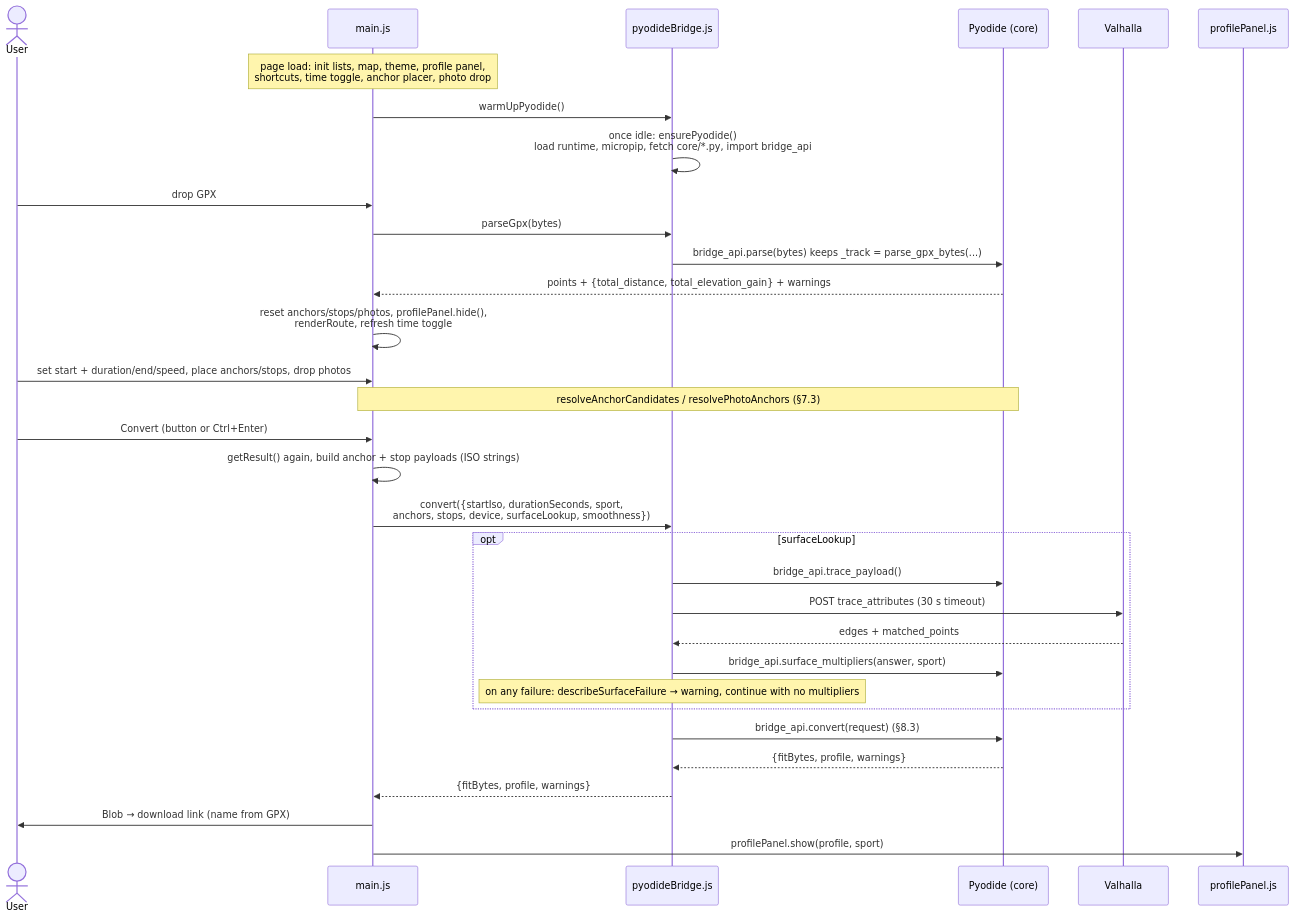
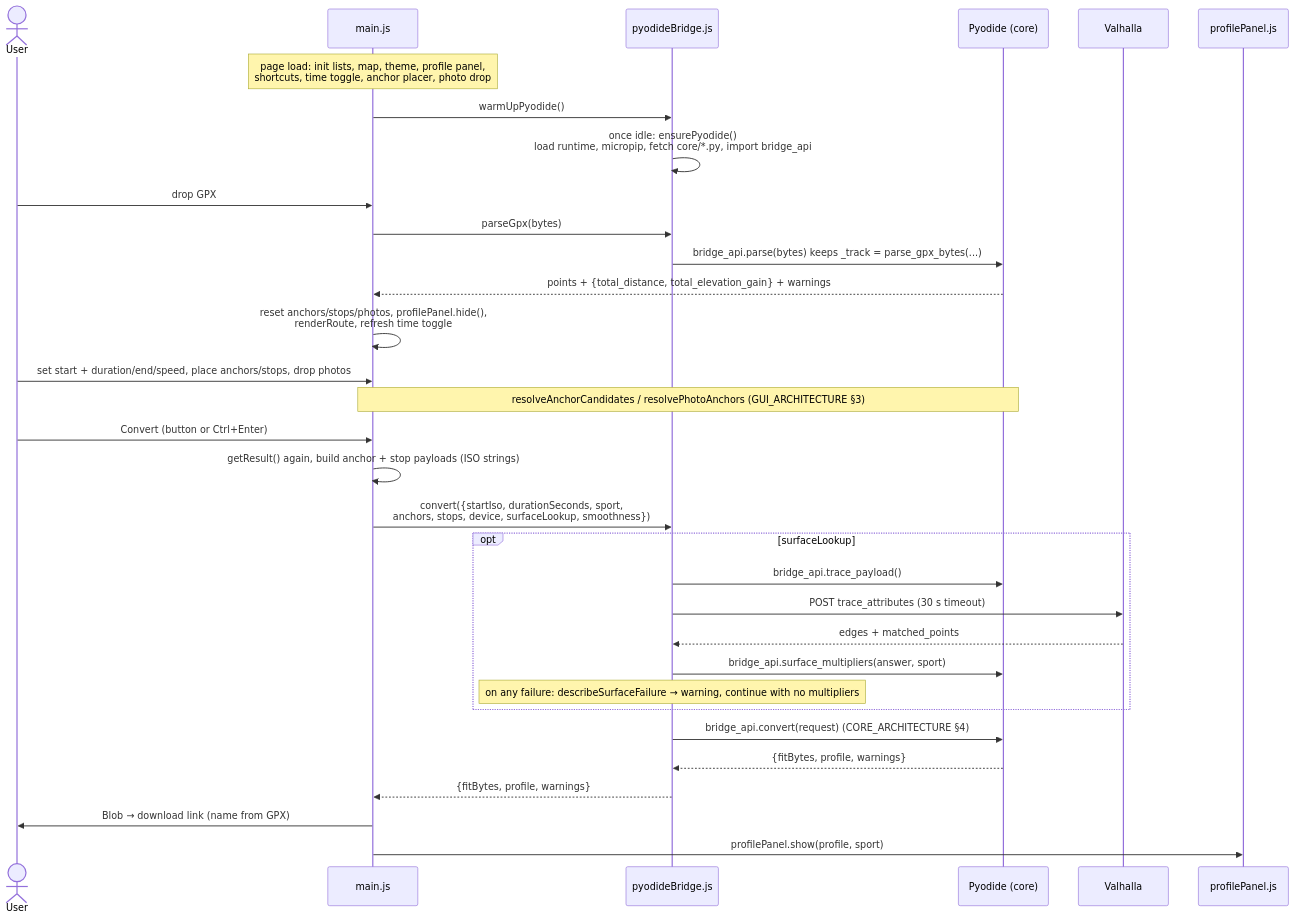
One commit to martin-iflap/GPX_to_FIT changed the second of 3 diagrams in docs/ARCHITECTURE.md. Above: the diagram before and after it, drawn with Mermaid. The commit also changed other lines of this file and 11 other files, not shown here.

Commit message:
Photo anchors too far and ambiguous UI improvements + architecture file split + another try to make android photo anchors work.

````diff
--- a/docs/ARCHITECTURE.md
+++ b/docs/ARCHITECTURE.md
@@ -1209,35 +233,35 @@
 ```mermaid
 sequenceDiagram
   actor U as User
   participant Main as main.js
   participant B as pyodideBridge.js
   participant Py as Pyodide (core)
   participant V as Valhalla
   participant PP as profilePanel.js
 
   Note over Main: page load: init lists, map, theme, profile panel,<br/>shortcuts, time toggle, anchor placer, photo drop
   Main->>B: warmUpPyodide()
   B->>B: once idle: ensurePyodide()<br/>load runtime, micropip, fetch core/*.py, import bridge_api
   U->>Main: drop GPX
   Main->>B: parseGpx(bytes)
   B->>Py: bridge_api.parse(bytes) keeps _track = parse_gpx_bytes(...)
   Py-->>Main: points + {total_distance, total_elevation_gain} + warnings
   Main->>Main: reset anchors/stops/photos, profilePanel.hide(),<br/>renderRoute, refresh time toggle
   U->>Main: set start + duration/end/speed, place anchors/stops, drop photos
-  Note over Main,Py: resolveAnchorCandidates / resolvePhotoAnchors (§7.3)
+  Note over Main,Py: resolveAnchorCandidates / resolvePhotoAnchors (GUI_ARCHITECTURE §3)
   U->>Main: Convert (button or Ctrl+Enter)
   Main->>Main: getResult() again, build anchor + stop payloads (ISO strings)
   Main->>B: convert({startIso, durationSeconds, sport,<br/>anchors, stops, device, surfaceLookup, smoothness})
   opt surfaceLookup
     B->>Py: bridge_api.trace_payload()
     B->>V: POST trace_attributes (30 s timeout)
     V-->>B: edges + matched_points
     B->>Py: bridge_api.surface_multipliers(answer, sport)
     Note over B: on any failure: describeSurfaceFailure → warning, continue with no multipliers
   end
-  B->>Py: bridge_api.convert(request) (§8.3)
+  B->>Py: bridge_api.convert(request) (CORE_ARCHITECTURE §4)
   Py-->>B: {fitBytes, profile, warnings}
   B-->>Main: {fitBytes, profile, warnings}
   Main->>U: Blob → download link (name from GPX)
   Main->>PP: profilePanel.show(profile, sport)
 ```
````
